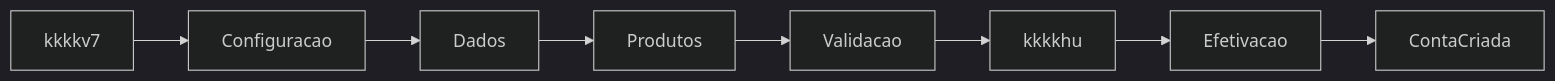
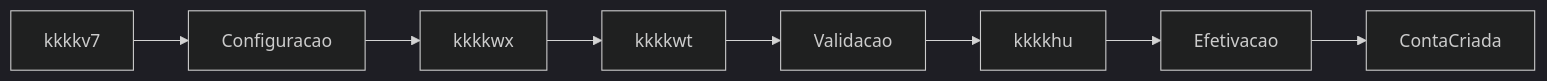
Before and after one commit to fabaodevudi/outros-codigos: the diagram in Java/Ar9.md, drawn with Mermaid (dark theme). The commit also changed other lines of this file, not shown here.

````diff
--- a/Java/Ar9.md
+++ b/Java/Ar9.md
@@ -13,10 +13,10 @@
 ```mermaid
 flowchart LR
   kkkkv7 --> Configuracao
-  Configuracao --> Dados
-  Dados --> Produtos
-  Produtos --> Validacao
+  Configuracao --> kkkkwx
+  kkkkwx --> kkkkwt
+  kkkkwt --> Validacao
   Validacao --> kkkkhu
   kkkkhu --> Efetivacao
   Efetivacao --> ContaCriada
 ```
````
